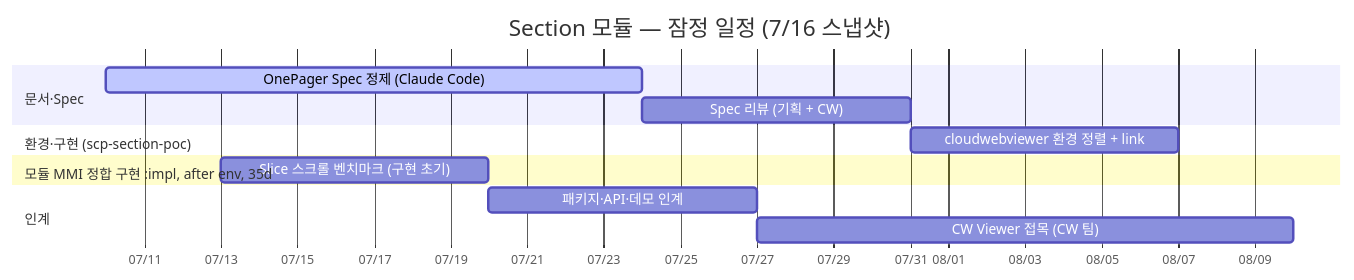
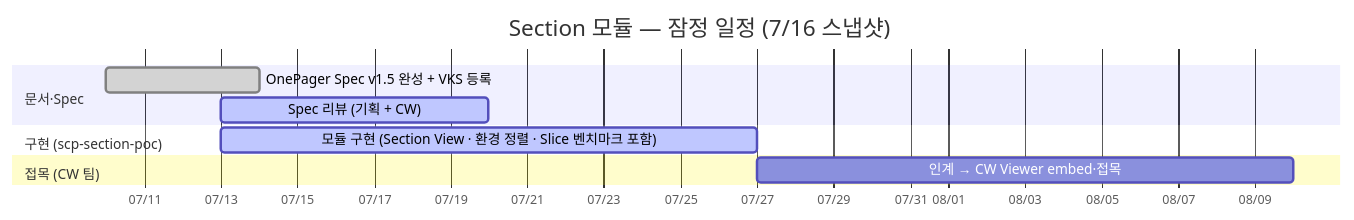
Before and after one commit to gracegyu/scp-architecture: the diagram in docs/SCP Cloud Server 연구/뷰어 관련 연구/WebSectionView/주간회의-Agenda.md, drawn with Mermaid. The commit also changed other lines of this file and 4 other files, not shown here.

Commit message:
문서 업데이트: Cloud Web Viewer v1.3.2의 주간회의 아젠다 및 관련 문서에서 Section 모듈의 구현 계획, 사양, 개발 계획을 최신 상태로 반영하고, OnePager 문서의 리뷰 요청을 추가하여 프로젝트 진행 상황을 명확히 하였습니다. 또한, B/L 자동 판정 알고리즘 및 접목 범위에 대한 내용을 보강하여 이해도를 높였습니다.

````diff
--- a/docs/SCP Cloud Server 연구/뷰어 관련 연구/WebSectionView/주간회의-Agenda.md
+++ b/docs/SCP Cloud Server 연구/뷰어 관련 연구/WebSectionView/주간회의-Agenda.md
@@ -106,20 +102,17 @@
     ```mermaid
     gantt
         title Section 모듈 — 잠정 일정 (7/16 스냅샷)
         dateFormat YYYY-MM-DD
         axisFormat %m/%d
         todayMarker stroke-width:2px,stroke:#d33,opacity:0.5
 
         section 문서·Spec
-        OnePager Spec 정제 (Claude Code)     :active, spec, 2026-07-10, 14d
-        Spec 리뷰 (기획 + CW)                :specrv, after spec, 7d
+        OnePager Spec v1.5 완성 + VKS 등록   :done, spec, 2026-07-10, 4d
+        Spec 리뷰 (기획 + CW)                :active, specrv, 2026-07-13, 7d
 
-        section 환경·구현 (scp-section-poc)
-        cloudwebviewer 환경 정렬 + link      :env, after specrv, 7d
-        Section 모듈 MMI 정합 구현           :impl, after env, 35d
-        Slice 스크롤 벤치마크 (구현 초기)     :bench, after impl, 7d
+        section 구현 (scp-section-poc)
+        모듈 구현 (Section View · 환경 정렬 · Slice 벤치마크 포함)  :active, impl, 2026-07-13, 14d
 
-        section 인계
-        패키지·API·데모 인계                 :hand, after bench, 7d
-        CW Viewer 접목 (CW 팀)               :integ, after hand, 14d
+        section 접목 (CW 팀)
+        인계 → CW Viewer embed·접목           :integ, after impl, 14d
     ```
````
